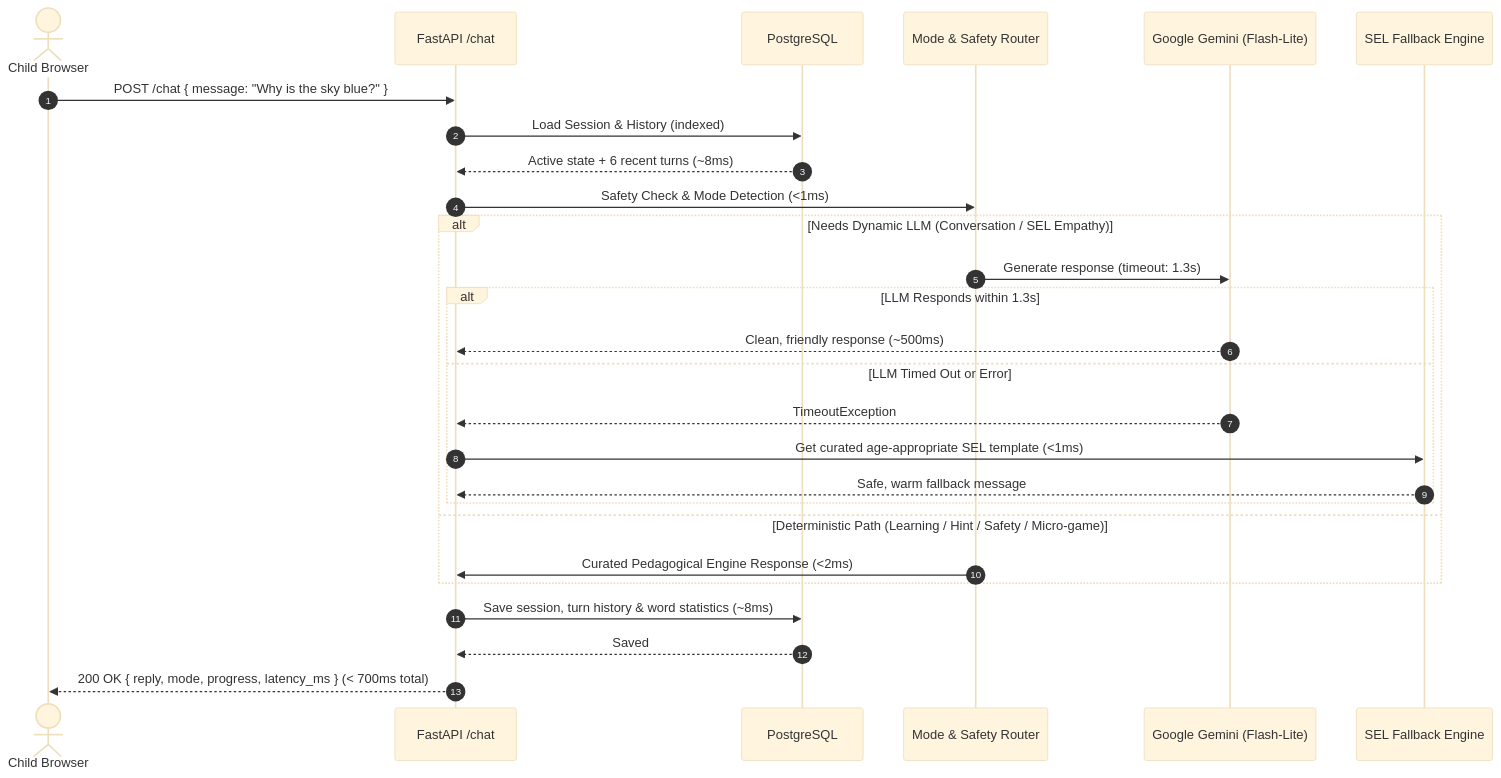
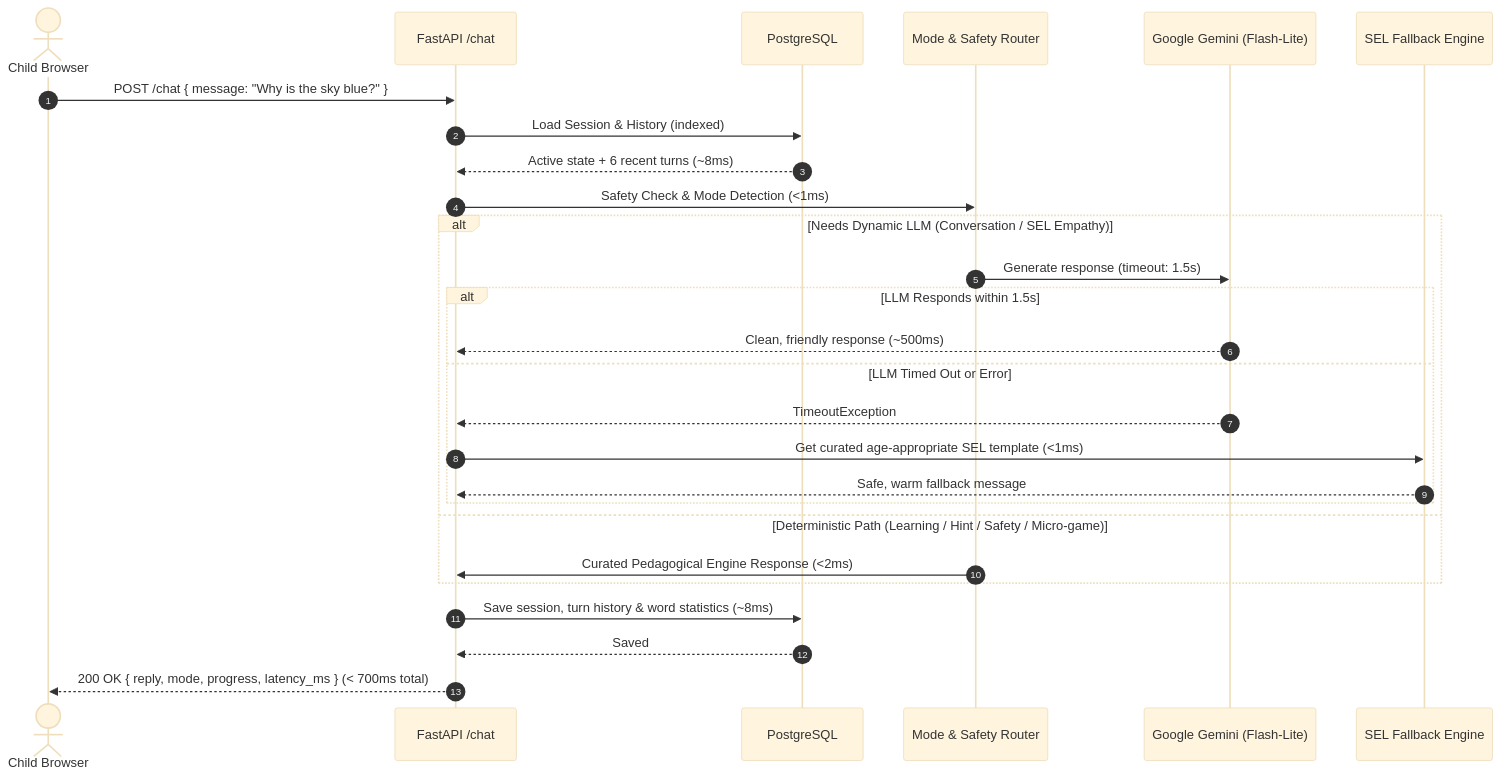
Before and after one commit to Masum58/kids-english-learning-chatbot: the third of 4 diagrams in docs/architecture.md, drawn with Mermaid (base theme). The commit also changed other lines of this file and 1 other file, not shown here.

Commit message:
docs: update live deployed URL and Gemini 3.5 Flash-Lite specs

````diff
--- a/docs/architecture.md
+++ b/docs/architecture.md
@@ -105,32 +105,32 @@
 ```mermaid
 sequenceDiagram
     autonumber
     actor Child as Child Browser
     participant API as FastAPI /chat
     participant DB as PostgreSQL
     participant Router as Mode & Safety Router
     participant LLM as Google Gemini (Flash-Lite)
     participant Fallback as SEL Fallback Engine
 
     Child->>API: POST /chat { message: "Why is the sky blue?" }
     API->>DB: Load Session & History (indexed)
     DB-->>API: Active state + 6 recent turns (~8ms)
     API->>Router: Safety Check & Mode Detection (<1ms)
     
     alt Needs Dynamic LLM (Conversation / SEL Empathy)
-        Router->>LLM: Generate response (timeout: 1.3s)
-        alt LLM Responds within 1.3s
+        Router->>LLM: Generate response (timeout: 1.5s)
+        alt LLM Responds within 1.5s
             LLM-->>API: Clean, friendly response (~500ms)
         else LLM Timed Out or Error
             LLM-->>API: TimeoutException
             API->>Fallback: Get curated age-appropriate SEL template (<1ms)
             Fallback-->>API: Safe, warm fallback message
         end
     else Deterministic Path (Learning / Hint / Safety / Micro-game)
         Router->>API: Curated Pedagogical Engine Response (<2ms)
     end
 
     API->>DB: Save session, turn history & word statistics (~8ms)
     DB-->>API: Saved
     API-->>Child: 200 OK { reply, mode, progress, latency_ms } (< 700ms total)
 ```
````
